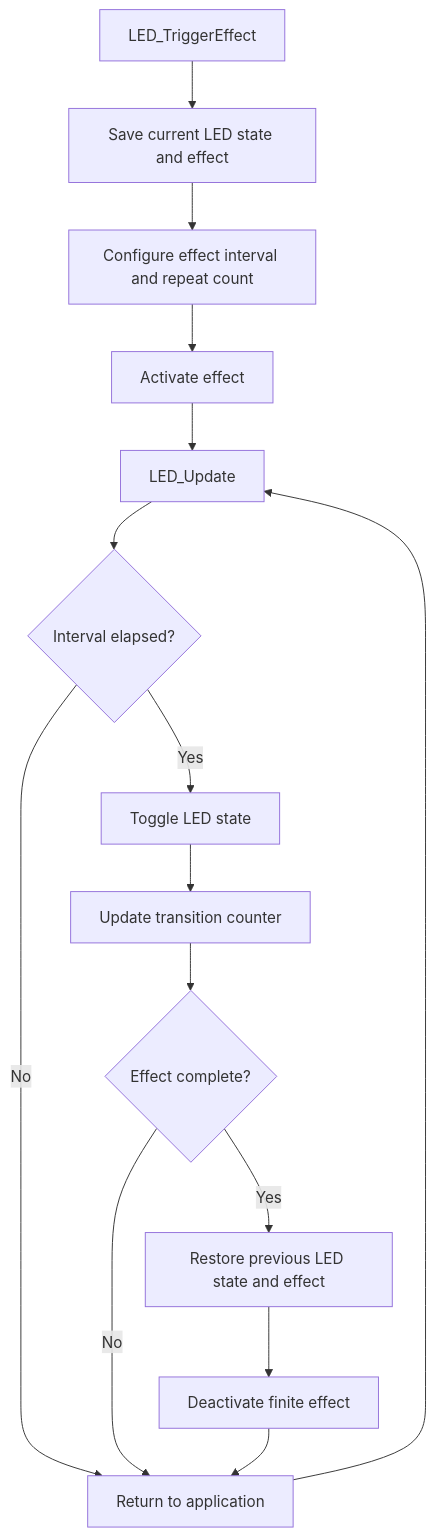
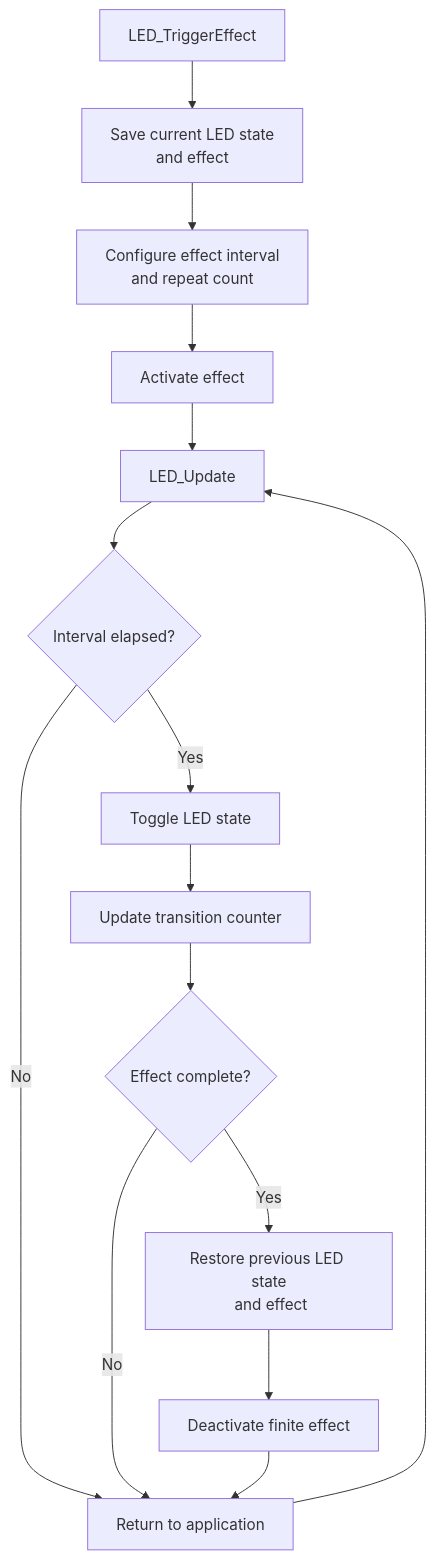
One commit to JP-REY/STM32F103C8T6-Based-Electronic-Lock changed the fourth of 5 diagrams in Libs/Components/Led/README.md. Above: the diagram before and after it, drawn with Mermaid. The commit also changed other lines of this file and 9 other files, not shown here.

````diff
--- a/Libs/Components/Led/README.md
+++ b/Libs/Components/Led/README.md
@@ -798,24 +798,24 @@
 ```mermaid
 flowchart TD
-    TRIGGER[LED_TriggerEffect] --> SAVE[Save current LED state and effect]
+    TRIGGER[LED_TriggerEffect] --> SAVE[Save current LED state<br/> and effect]
 
-    SAVE --> CONFIG[Configure effect interval and repeat count]
+    SAVE --> CONFIG[Configure effect interval<br/> and repeat count]
     CONFIG --> ACTIVE[Activate effect]
 
     ACTIVE --> UPDATE[LED_Update]
     UPDATE --> ELAPSED{Interval elapsed?}
 
     ELAPSED -->|No| RETURN[Return to application]
     ELAPSED -->|Yes| TOGGLE[Toggle LED state]
 
     TOGGLE --> COUNT[Update transition counter]
     COUNT --> COMPLETE{Effect complete?}
 
     COMPLETE -->|No| RETURN
-    COMPLETE -->|Yes| RESTORE[Restore previous LED state and effect]
+    COMPLETE -->|Yes| RESTORE[Restore previous LED state<br/> and effect]
 
     RESTORE --> INACTIVE[Deactivate finite effect]
     INACTIVE --> RETURN
 
     RETURN --> UPDATE
 ```
````
